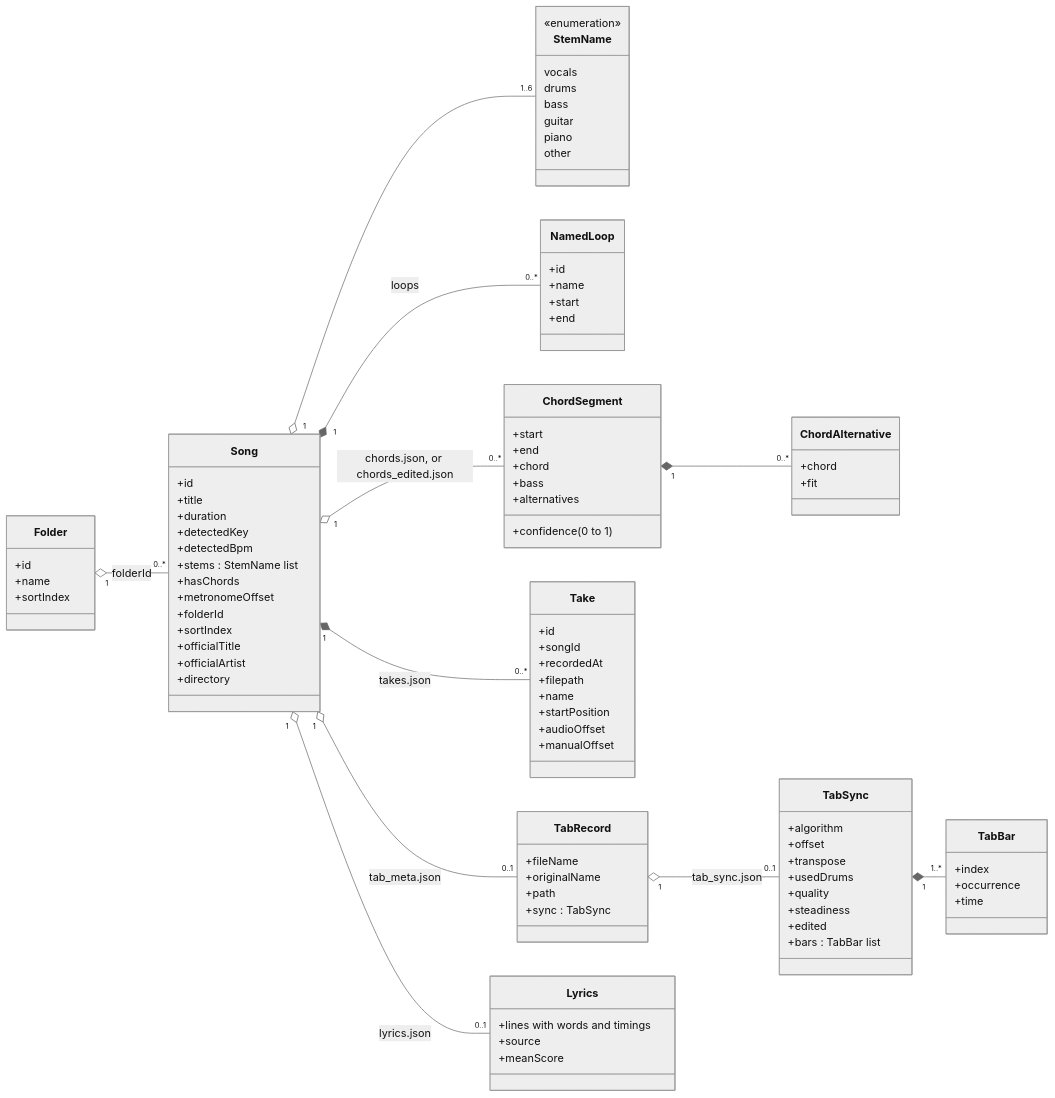
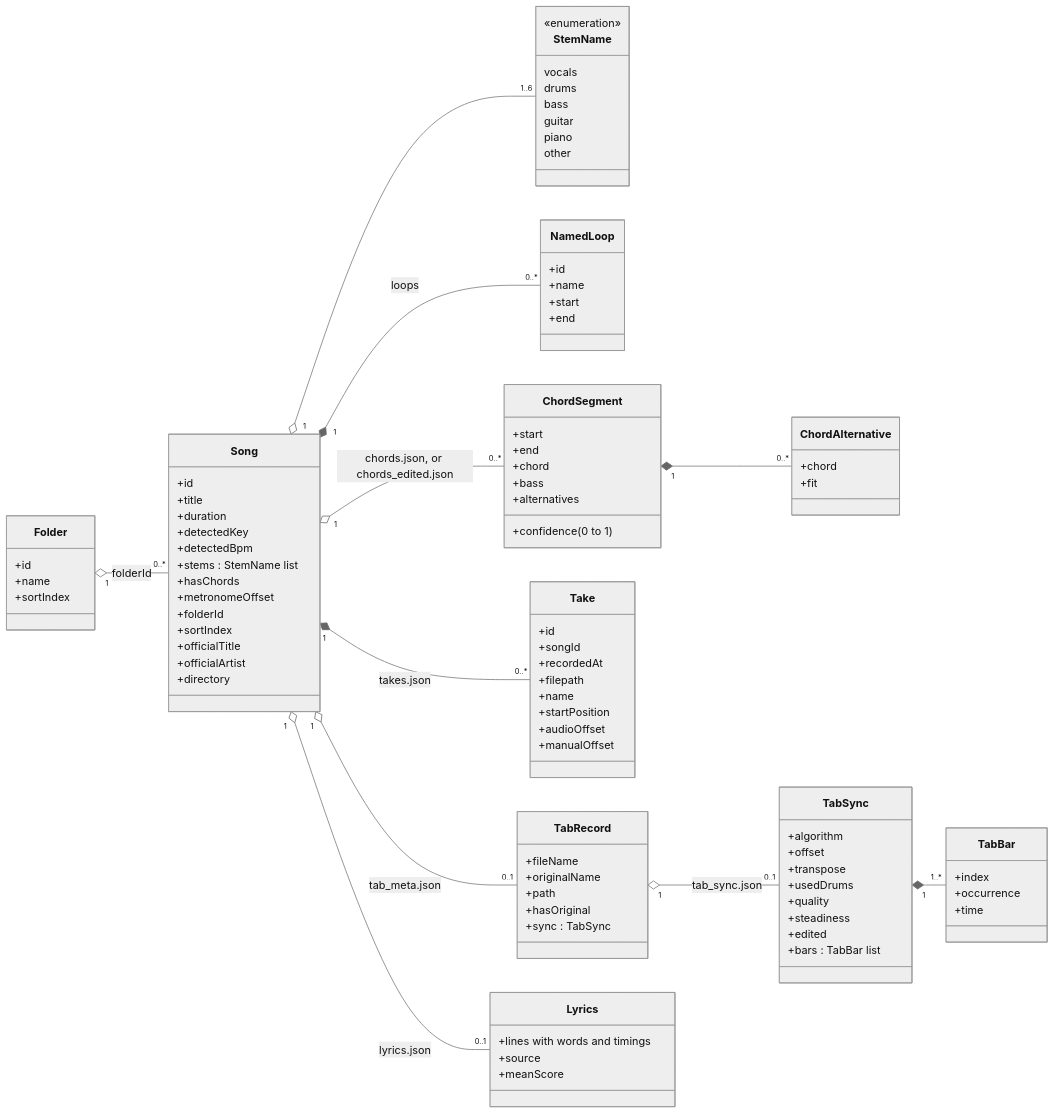
One commit to giamat90/SongPracticeStudio changed the third of 16 diagrams in wiki/uml.md. Above: the diagram before and after it, drawn with Mermaid (neutral theme). The commit also changed other lines of this file and 20 other files, not shown here.

```diff
--- a/wiki/uml.md
+++ b/wiki/uml.md
@@ -161,6 +161,7 @@
         +fileName
         +originalName
         +path
+        +hasOriginal
         +sync : TabSync
     }
     class TabSync {
```
